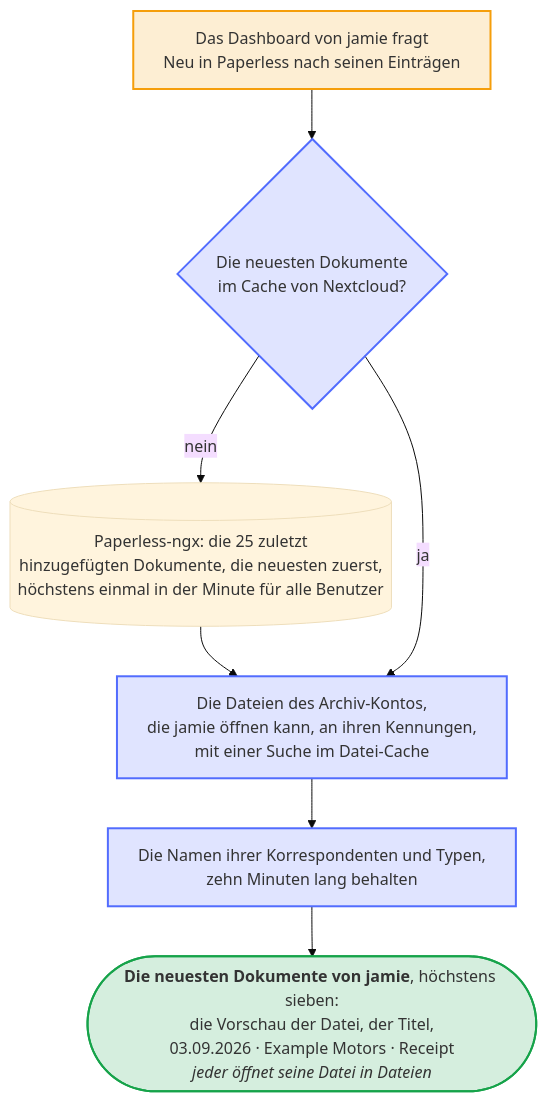
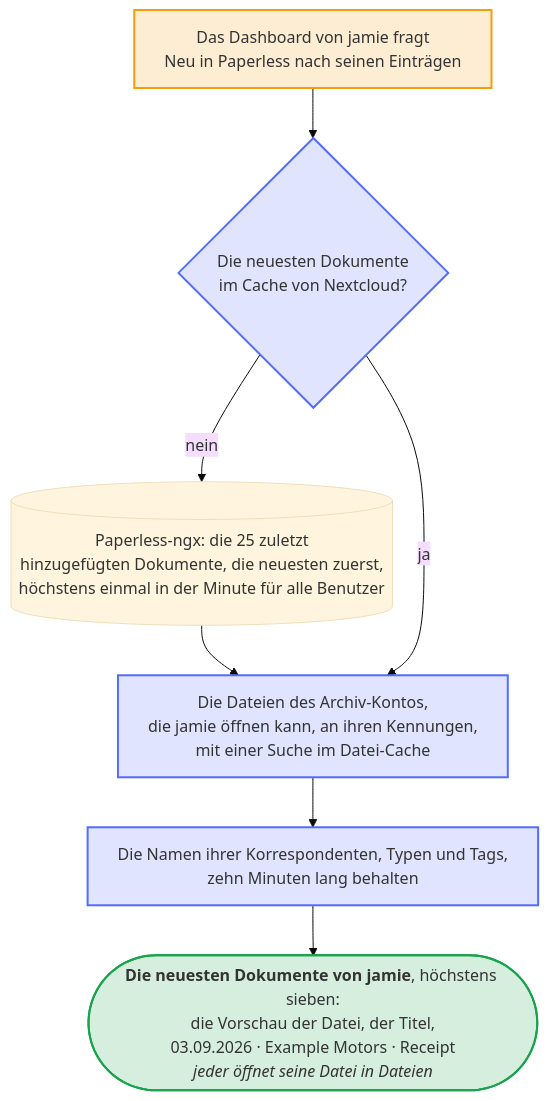
Before and after one commit to Dennis-Otto/paperless-unified-search: the diagram in docs/diagrams/the-newest-documents-on-the-dashboard.de.mmd, drawn with Mermaid (base theme). The commit also changed 94 other files, not shown here.

```diff
--- a/docs/diagrams/the-newest-documents-on-the-dashboard.de.mmd
+++ b/docs/diagrams/the-newest-documents-on-the-dashboard.de.mmd
@@ -1,33 +1,33 @@
 ---
 config:
   flowchart:
     wrappingWidth: 400
     nodeSpacing: 30
 ---
 flowchart TB
     accTitle: Die neuesten Dokumente auf dem Dashboard
-    accDescr: Das Dashboard von jamie fragt das Widget Neu in Paperless nach seinen Einträgen. Die App nimmt die 25 Dokumente, die Paperless-ngx zuletzt hinzugefügt hat, aus dem verteilten Cache von Nextcloud, oder fragt sonst Paperless danach, die neuesten zuerst, und behält sie eine Minute lang für jeden Benutzer, denn jede Anfrage trägt das Token der Einstellungen. Davon sieht jamie die Dokumente, deren Datei des Archiv-Kontos jamie öffnen kann, gefunden an ihren Kennungen mit einer Suche im Datei-Cache, höchstens sieben, mit den Namen ihrer Korrespondenten und Typen. Jeder Eintrag zeigt die Vorschau seiner Datei, seinen Titel und den Tag, an dem Paperless ihn hinzugefügt hat, seinen Korrespondenten und seinen Typ, etwa 03.09.2026 · Example Motors · Receipt, und öffnet die Datei in Dateien.
+    accDescr: Das Dashboard von jamie fragt das Widget Neu in Paperless nach seinen Einträgen. Die App nimmt die 25 Dokumente, die Paperless-ngx zuletzt hinzugefügt hat, aus dem verteilten Cache von Nextcloud, oder fragt sonst Paperless danach, die neuesten zuerst, und behält sie eine Minute lang für jeden Benutzer, denn jede Anfrage trägt das Token der Einstellungen. Davon sieht jamie die Dokumente, deren Datei des Archiv-Kontos jamie öffnen kann, gefunden an ihren Kennungen mit einer Suche im Datei-Cache, höchstens sieben, mit den Namen ihrer Korrespondenten, Typen und Tags. Jeder Eintrag zeigt die Vorschau seiner Datei, seinen Titel und den Tag, an dem Paperless ihn hinzugefügt hat, seinen Korrespondenten, seinen Typ und bis zu zwei seiner Tags, etwa 03.09.2026 · Example Motors · Receipt · warranty, und öffnet die Datei in Dateien.
 
     dashboard["Das Dashboard von jamie fragt<br>Neu in Paperless nach seinen Einträgen"]
     cache{"Die neuesten Dokumente<br>im Cache von Nextcloud?"}
     paperless[("Paperless-ngx: die 25 zuletzt<br>hinzugefügten Dokumente, die neuesten zuerst,<br>höchstens einmal in der Minute für alle Benutzer")]
     files["Die Dateien des Archiv-Kontos,<br>die jamie öffnen kann, an ihren Kennungen,<br>mit einer Suche im Datei-Cache"]
-    names["Die Namen ihrer Korrespondenten und Typen,<br>zehn Minuten lang behalten"]
+    names["Die Namen ihrer Korrespondenten, Typen und Tags,<br>zehn Minuten lang behalten"]
     widget(["`**Die neuesten Dokumente von jamie**, höchstens sieben:
     die Vorschau der Datei, der Titel,
     03.09.2026 · Example Motors · Receipt
     *jeder öffnet seine Datei in Dateien*`"])
 
     dashboard --> cache
     cache -- "nein" --> paperless
     paperless --> files
     cache -- "ja" --> files
     files --> names
     names --> widget
 
     classDef you fill:#f59e0b2e,stroke:#f59e0b,stroke-width:2px
     classDef app fill:#526cfe2e,stroke:#526cfe,stroke-width:2px
     classDef yes fill:#16a34a2e,stroke:#16a34a,stroke-width:2px
     class dashboard you
     class cache,files,names app
     class widget yes
```
